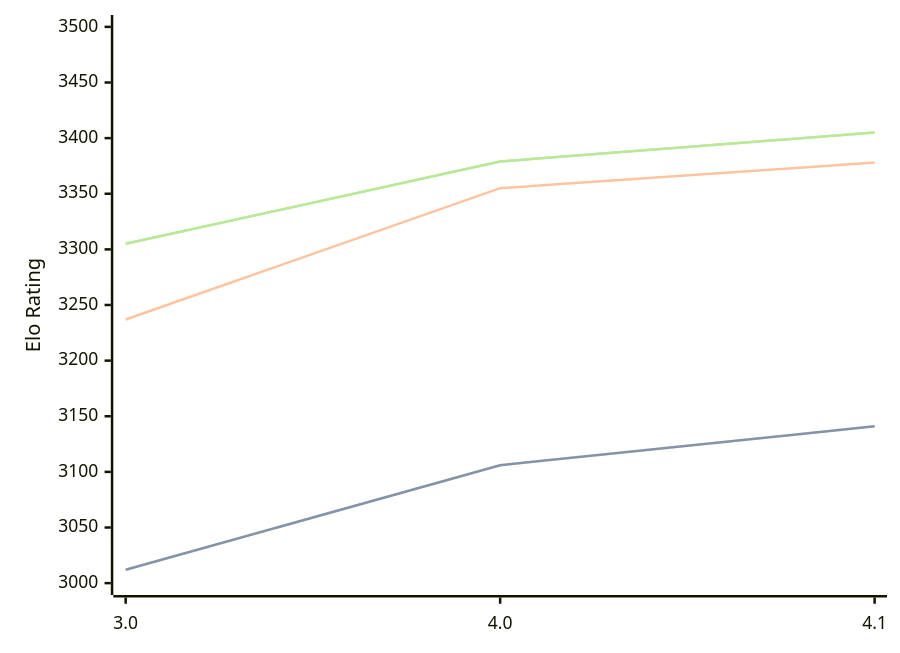
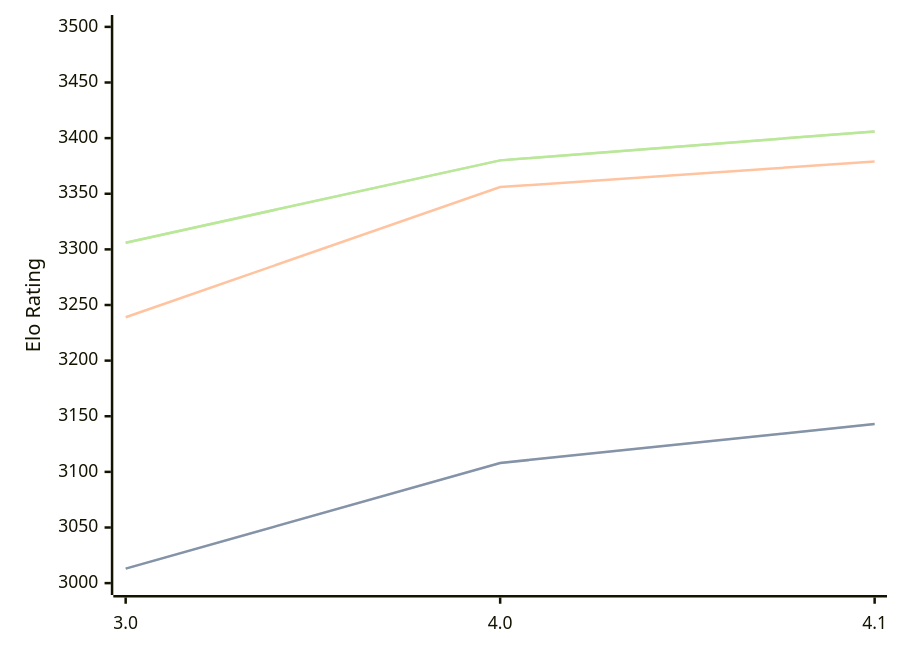
The diagram in engines/Eleanor.md (computer-chess-index/cci), drawn with Mermaid before and after one commit. The commit also changed other lines of this file, not shown here.

Commit message:
Update CCI Ratings (ELO VLTC) - 2026-06-11

````diff
--- a/engines/Eleanor.md
+++ b/engines/Eleanor.md
@@ -35,11 +35,11 @@
 ```mermaid
 %%{init: {"theme":"base","themeVariables":{"seriesColors:['#a3a3a3','#222221','#faa371']}}}%%
 xychart-beta
   x-axis ["3.0", "4.0", "4.1"]
   y-axis "Elo Rating" 3000 --> 3500
-  line "STC (8.0+0.08s)" [3012, 3106, 3141]
-  line "STC (8.0+0.08s)" [3012, 3106, 3141]
-  line "LTC (60.0+0.60s)" [3237, 3355, 3378]
-  line "VLTC (2m24s+1.12s)" [3305, 3379, 3405]
-  line "VLTC (2m24s+1.12s)" [3305, 3379, 3405]
+  line "STC (8.0+0.08s)" [3013, 3108, 3143]
+  line "STC (8.0+0.08s)" [3013, 3108, 3143]
+  line "LTC (60.0+0.60s)" [3239, 3356, 3379]
+  line "VLTC (2m24s+1.12s)" [3306, 3380, 3406]
+  line "VLTC (2m24s+1.12s)" [3306, 3380, 3406]
 ```
````
